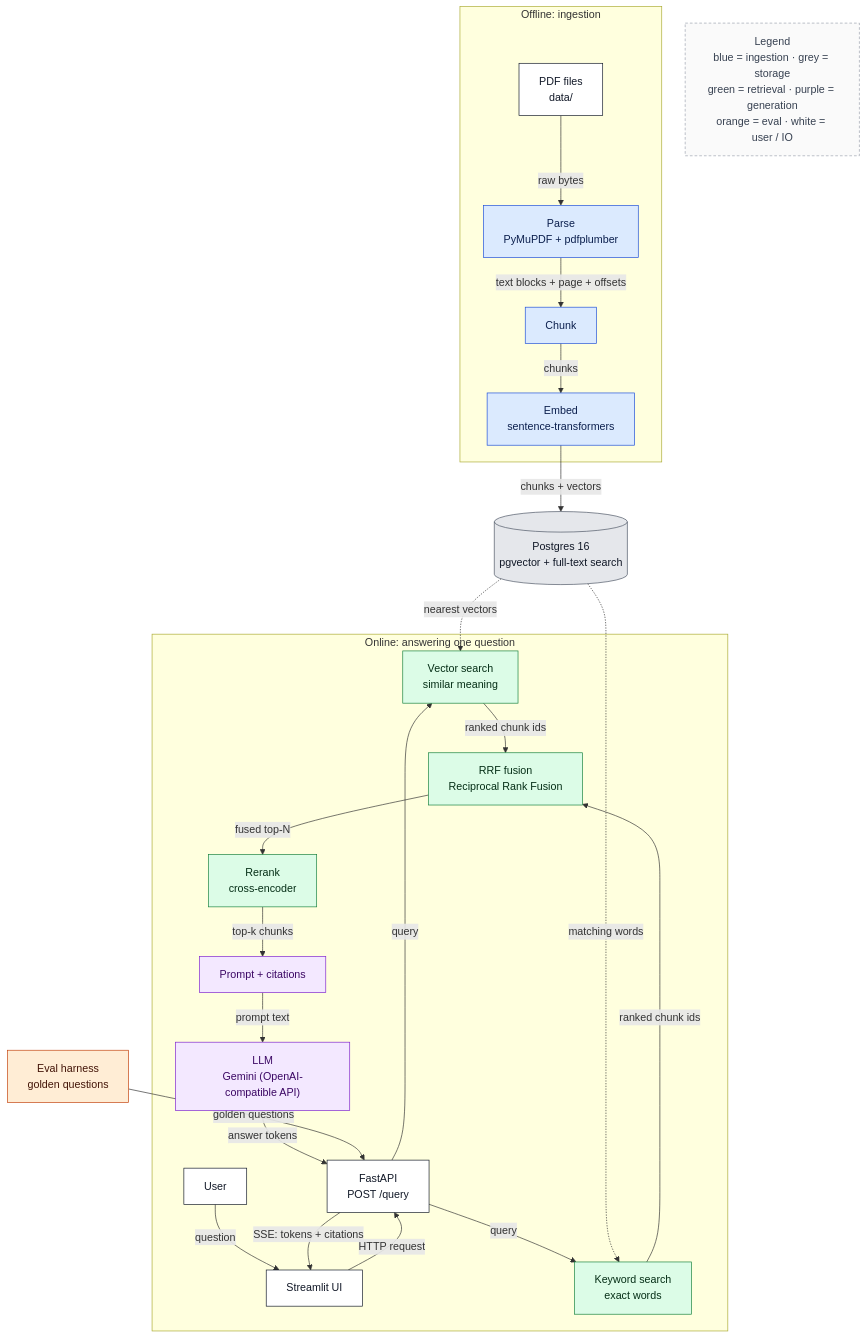
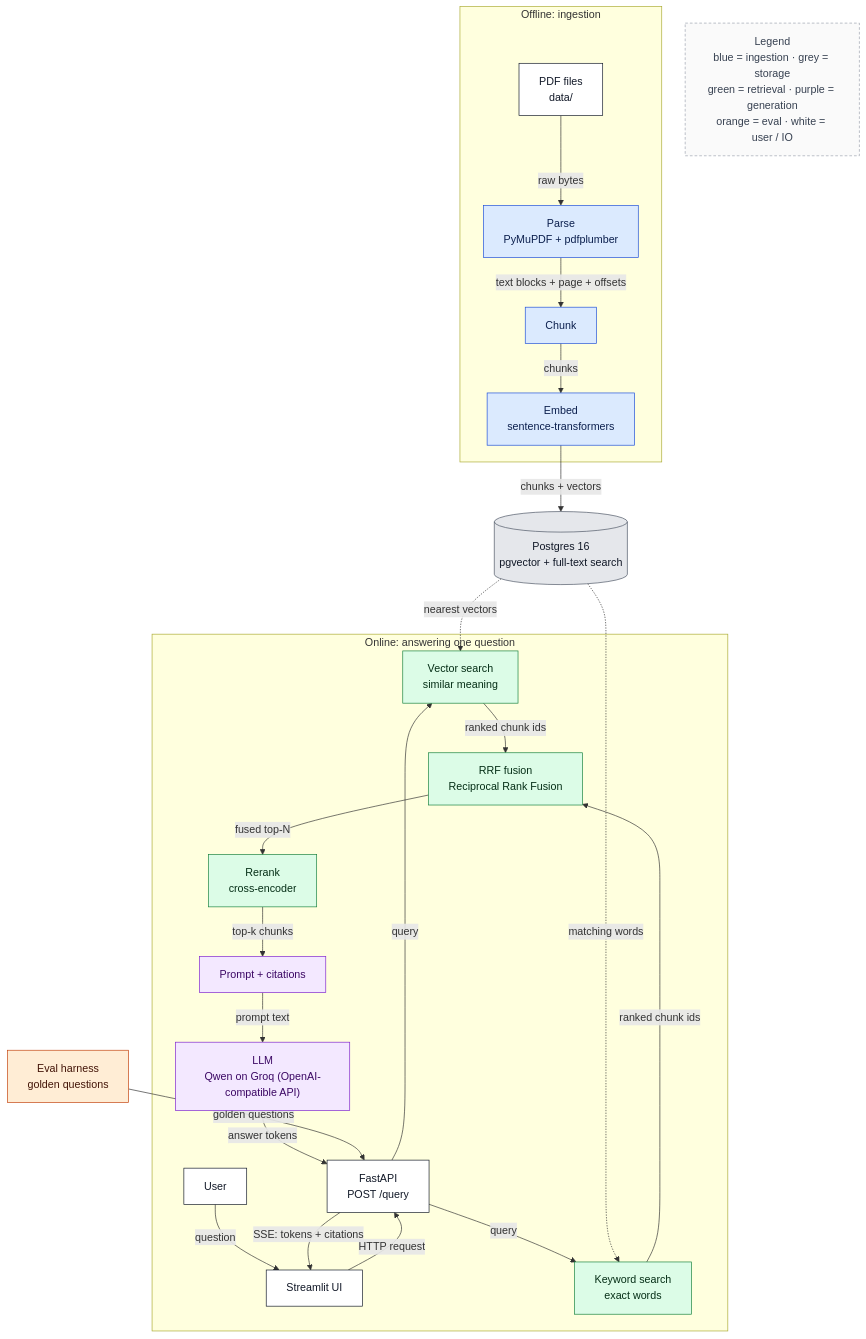
Before and after one commit to Deoxy7/rag-assistant: the diagram in docs/diagrams/src/02-system-architecture.mmd, drawn with Mermaid. The commit also changed 69 other files, not shown here.

```diff
--- a/docs/diagrams/src/02-system-architecture.mmd
+++ b/docs/diagrams/src/02-system-architecture.mmd
@@ -1,55 +1,55 @@
 %% Owner: docs/02-architecture-overview.md — the whole target system in one picture.
 %% This file is also the source for every "where it sits" diagram (scripts/where_it_sits.py),
 %% so node ids here are referenced from docs/diagrams/where-it-sits.tsv. Rename with care.
 flowchart TB
     classDef ingest fill:#dbeafe,stroke:#1d4ed8,color:#0b1f4d
     classDef store fill:#e5e7eb,stroke:#4b5563,color:#111827
     classDef retrieve fill:#dcfce7,stroke:#15803d,color:#052e16
     classDef generate fill:#f3e8ff,stroke:#7e22ce,color:#3b0764
     classDef evalc fill:#ffedd5,stroke:#c2410c,color:#431407
     classDef io fill:#ffffff,stroke:#111827,color:#111827
     classDef legend fill:#fafafa,stroke:#9ca3af,stroke-dasharray:4 3,color:#374151
 
     subgraph offline["Offline: ingestion"]
         pdf["PDF files<br/>data/"]:::io
         parse["Parse<br/>PyMuPDF + pdfplumber"]:::ingest
         chunk["Chunk"]:::ingest
         embed["Embed<br/>sentence-transformers"]:::ingest
     end
 
     pg[("Postgres 16<br/>pgvector + full-text search")]:::store
 
     subgraph online["Online: answering one question"]
         user["User"]:::io
         ui["Streamlit UI"]:::io
         api["FastAPI<br/>POST /query"]:::io
         vec["Vector search<br/>similar meaning"]:::retrieve
         fts["Keyword search<br/>exact words"]:::retrieve
         rrf["RRF fusion<br/>Reciprocal Rank Fusion"]:::retrieve
         rerank["Rerank<br/>cross-encoder"]:::retrieve
         prompt["Prompt + citations"]:::generate
-        llm["LLM<br/>Gemini (OpenAI-compatible API)"]:::generate
+        llm["LLM<br/>Qwen on Groq (OpenAI-compatible API)"]:::generate
     end
 
     evalh["Eval harness<br/>golden questions"]:::evalc
     legend["Legend<br/>blue = ingestion · grey = storage<br/>green = retrieval · purple = generation<br/>orange = eval · white = user / IO"]:::legend
 
     pdf -->|raw bytes| parse
     parse -->|text blocks + page + offsets| chunk
     chunk -->|chunks| embed
     embed -->|chunks + vectors| pg
 
     user -->|question| ui
     ui -->|HTTP request| api
     api -->|query| vec
     api -->|query| fts
     pg -.->|nearest vectors| vec
     pg -.->|matching words| fts
     vec -->|ranked chunk ids| rrf
     fts -->|ranked chunk ids| rrf
     rrf -->|fused top-N| rerank
     rerank -->|top-k chunks| prompt
     prompt -->|prompt text| llm
     llm -->|answer tokens| api
     api -->|SSE: tokens + citations| ui
     evalh -->|golden questions| api
```
